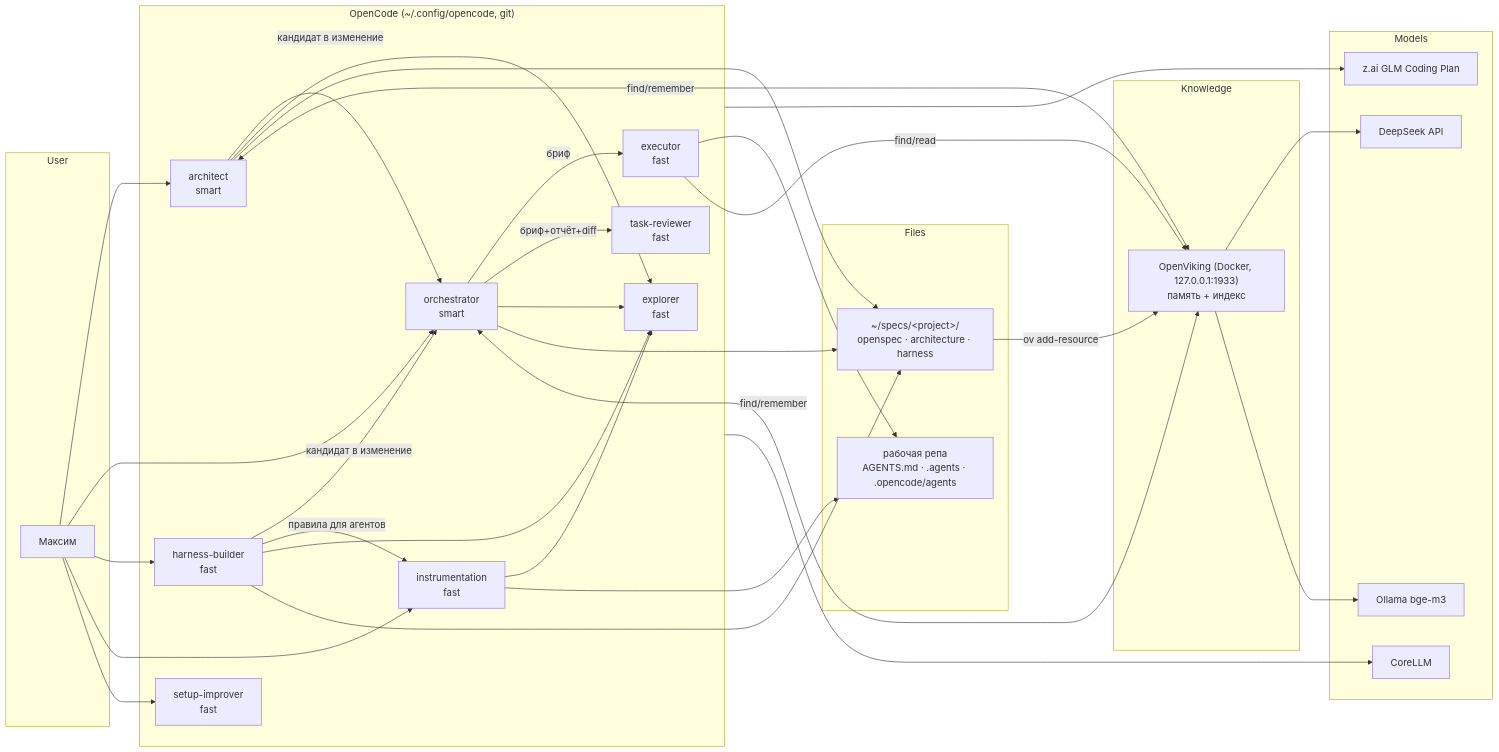
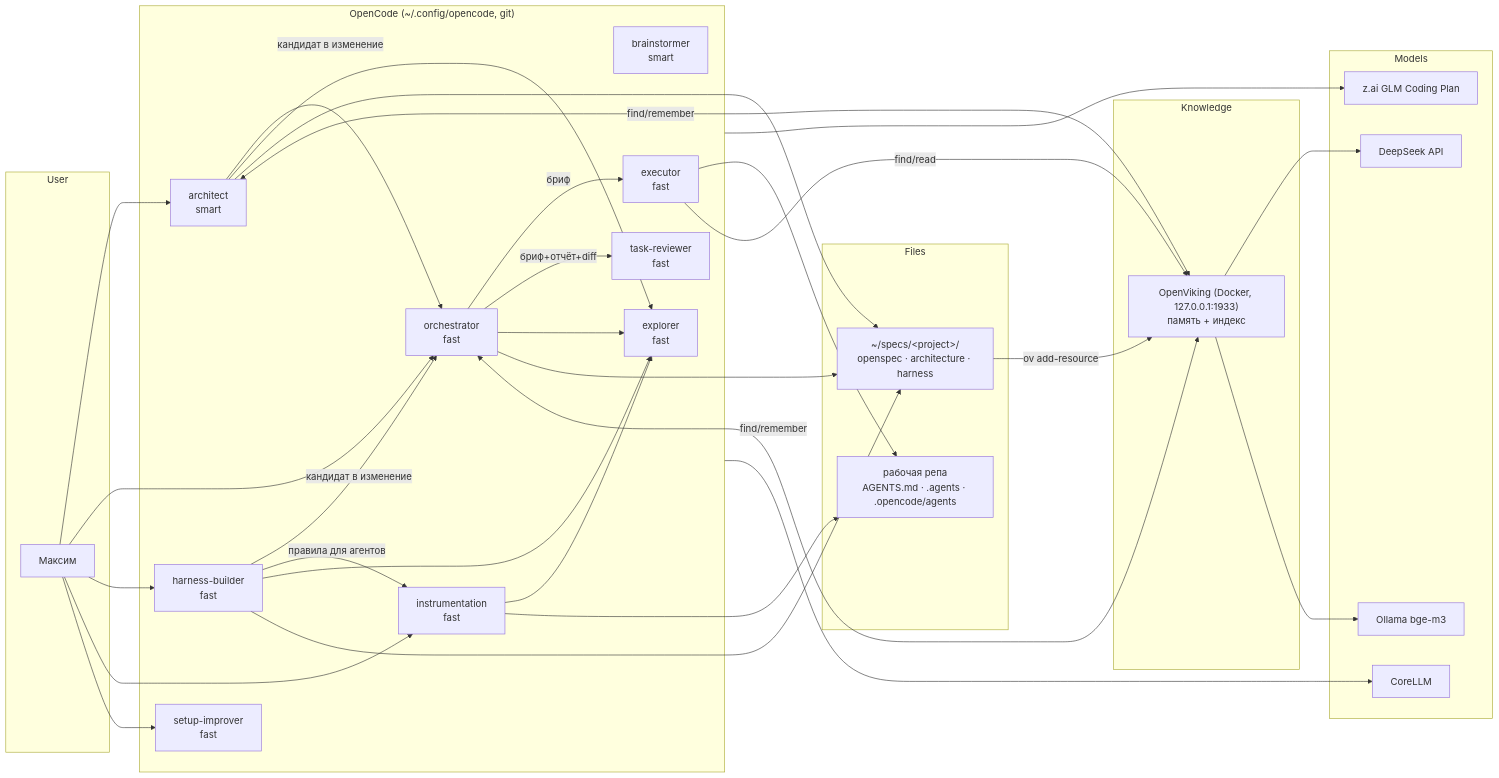
Before and after one commit to maximk777/opencode-config: the first of 2 diagrams in docs/ARCHITECTURE.md, drawn with Mermaid. The commit also changed other lines of this file and 5 other files, not shown here.

Commit message:
feat(agents): move orchestrator to fast tier, add brainstormer subagent

````diff
--- a/docs/ARCHITECTURE.md
+++ b/docs/ARCHITECTURE.md
@@ -27,44 +27,45 @@
 ```mermaid
 flowchart LR
   subgraph User
     U[Максим]
   end
   subgraph OpenCode["OpenCode (~/.config/opencode, git)"]
     AR[architect<br/>smart]
-    OR[orchestrator<br/>smart]
+    OR[orchestrator<br/>fast]
+    BR[brainstormer<br/>smart]
     HB[harness-builder<br/>fast]
     IN[instrumentation<br/>fast]
     SI[setup-improver<br/>fast]
     EX[executor<br/>fast]
     RV[task-reviewer<br/>fast]
     XP[explorer<br/>fast]
   end
   subgraph Files
     SP["~/specs/&lt;project&gt;/<br/>openspec · architecture · harness"]
     WR["рабочая репа<br/>AGENTS.md · .agents · .opencode/agents"]
   end
   subgraph Knowledge
     OV["OpenViking (Docker, 127.0.0.1:1933)<br/>память + индекс"]
   end
   subgraph Models
     ZAI[z.ai GLM Coding Plan]
     CORE[CoreLLM]
     DS[DeepSeek API]
     OLL[Ollama bge-m3]
   end
   U --> AR & OR & HB & IN & SI
   AR -- кандидат в изменение --> OR
   HB -- кандидат в изменение --> OR
   HB -- правила для агентов --> IN
   OR -- бриф --> EX
   OR -- бриф+отчёт+diff --> RV
   AR & OR & HB & IN --> XP
   AR & OR & HB --> SP
   EX --> WR
   IN --> WR
   SP -- ov add-resource --> OV
   AR & OR <-- find/remember --> OV
   EX -- find/read --> OV
   OpenCode --> ZAI & CORE
   OV --> DS & OLL
 ```
````
